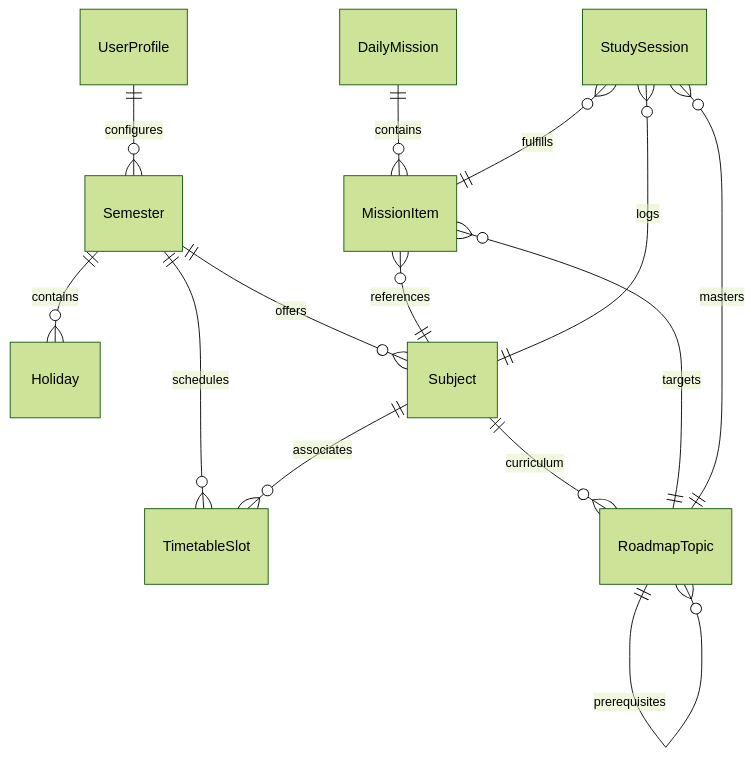
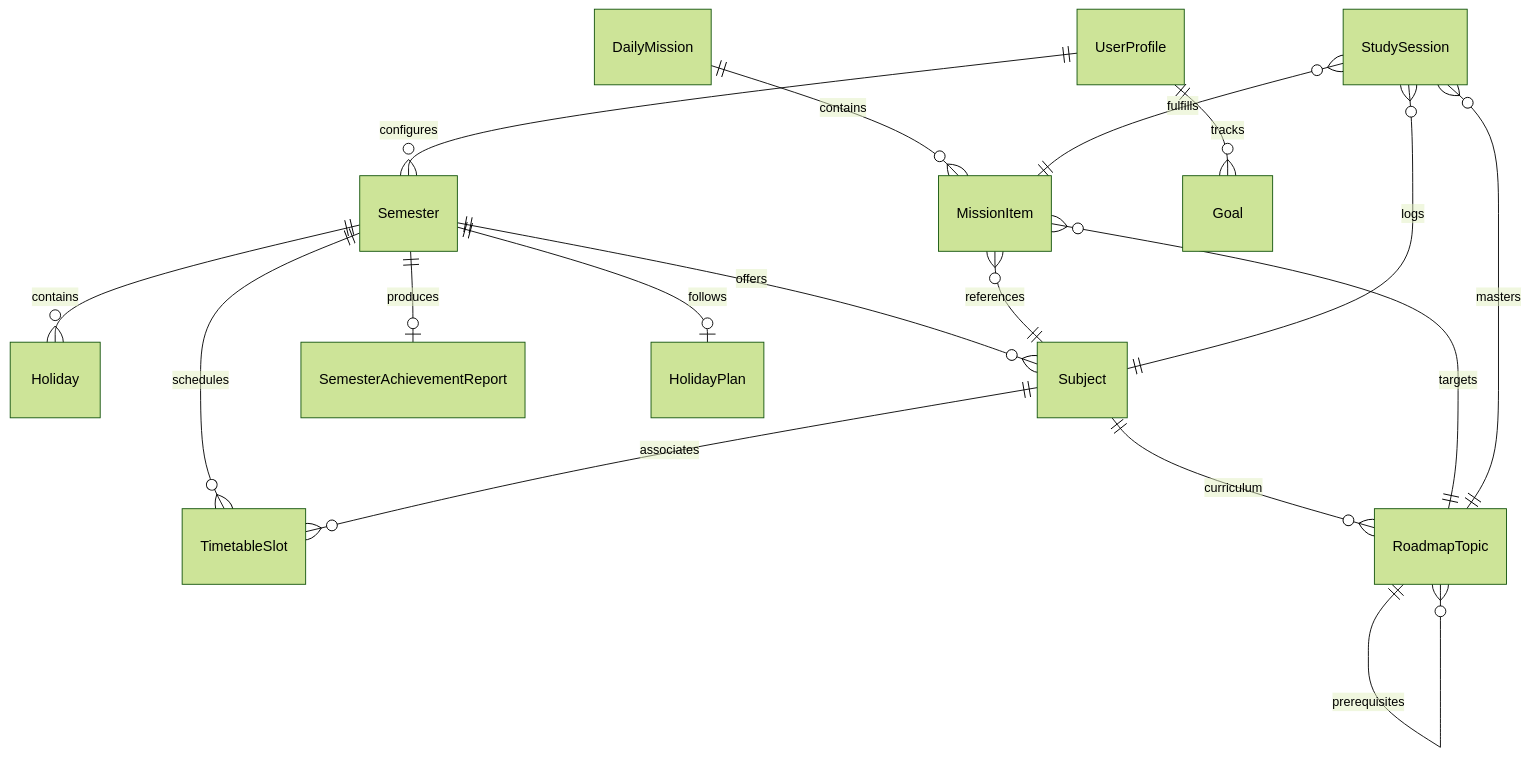
The first of 2 diagrams in docs/DATABASE.md (madanapallishaikmohammedtalha-dot/NEXORA), drawn with Mermaid (forest theme) before and after one commit. The commit also changed other lines of this file and 50 other files, not shown here.

````diff
--- a/docs/DATABASE.md
+++ b/docs/DATABASE.md
@@ -19,16 +19,19 @@
 ```mermaid
 erDiagram
     UserProfile ||--o{ Semester : configures
     Semester ||--o{ Holiday : contains
     Semester ||--o{ Subject : offers
     Semester ||--o{ TimetableSlot : schedules
+    Semester ||--o| SemesterAchievementReport : produces
+    Semester ||--o| HolidayPlan : follows
     Subject ||--o{ RoadmapTopic : curriculum
     RoadmapTopic ||--o{ RoadmapTopic : prerequisites
     Subject ||--o{ TimetableSlot : associates
     DailyMission ||--o{ MissionItem : contains
     MissionItem }o--|| Subject : references
     MissionItem }o--|| RoadmapTopic : targets
     StudySession }o--|| Subject : logs
     StudySession }o--|| RoadmapTopic : masters
     StudySession }o--|| MissionItem : fulfills
+    UserProfile ||--o{ Goal : tracks
 ```
````
